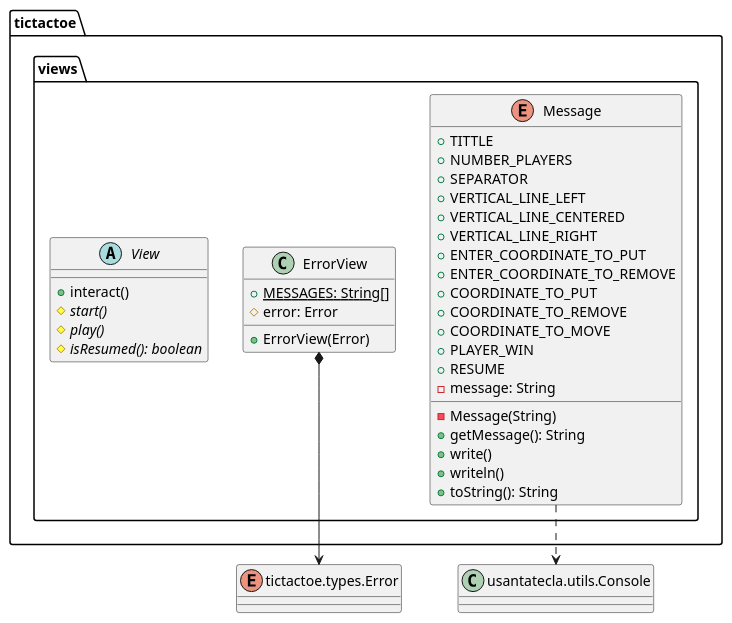
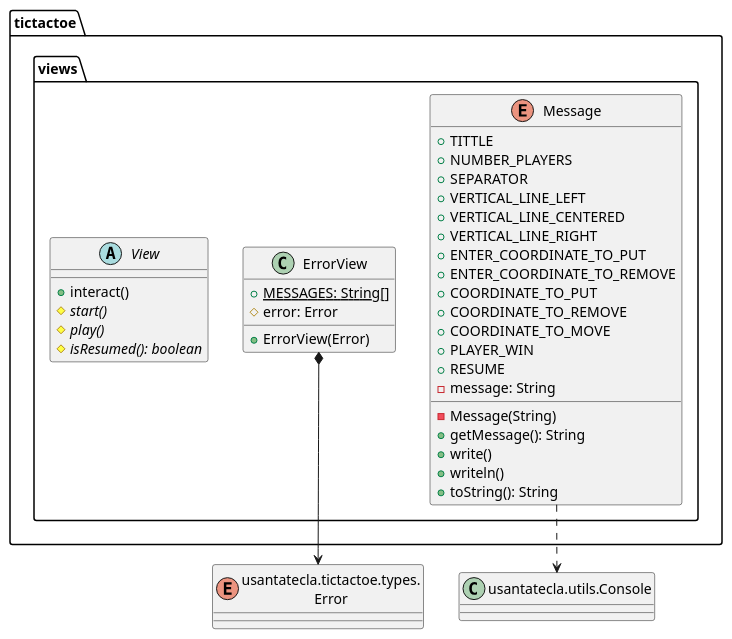
One commit to Jolucaa/USantaTecla-project-ticTacToe changed the second of 8 diagrams in modelViewPresenter/presentationModel/withFacade/docs/diagrams/src/paquetes.plantuml. Above: the diagram before and after it, drawn with PlantUML. The commit also changed other lines of this file and 10 other files, not shown here.

```diff
--- a/modelViewPresenter/presentationModel/withFacade/docs/diagrams/src/paquetes.plantuml
+++ b/modelViewPresenter/presentationModel/withFacade/docs/diagrams/src/paquetes.plantuml
@@ -21,43 +21,43 @@
 @startuml paqueteTicTactoeViews
-enum Error as "tictactoe.types.Error" {}
+enum Error as "usantatecla.tictactoe.types.\nError" {}
 class Console as "usantatecla.utils.Console" {}
 
 class tictactoe.views.ErrorView{
   + {static} MESSAGES: String[]
   # error: Error
   + ErrorView(Error)
 }
 tictactoe.views.ErrorView *-down-> Error
 
 enum tictactoe.views.Message{
   + TITTLE
   + NUMBER_PLAYERS
   + SEPARATOR
   + VERTICAL_LINE_LEFT
   + VERTICAL_LINE_CENTERED
   + VERTICAL_LINE_RIGHT
   + ENTER_COORDINATE_TO_PUT
   + ENTER_COORDINATE_TO_REMOVE
   + COORDINATE_TO_PUT
   + COORDINATE_TO_REMOVE
   + COORDINATE_TO_MOVE
   + PLAYER_WIN
   + RESUME
   - message: String
   - Message(String)
   + getMessage(): String
   + write()
   + writeln()
   + toString(): String
 }
 
 tictactoe.views.Message .down.> Console
 
 abstract class tictactoe.views.View {
   + interact()
   # {abstract} start()
   # {abstract} play()
   # {abstract} isResumed(): boolean
 }
 
 @enduml
```
